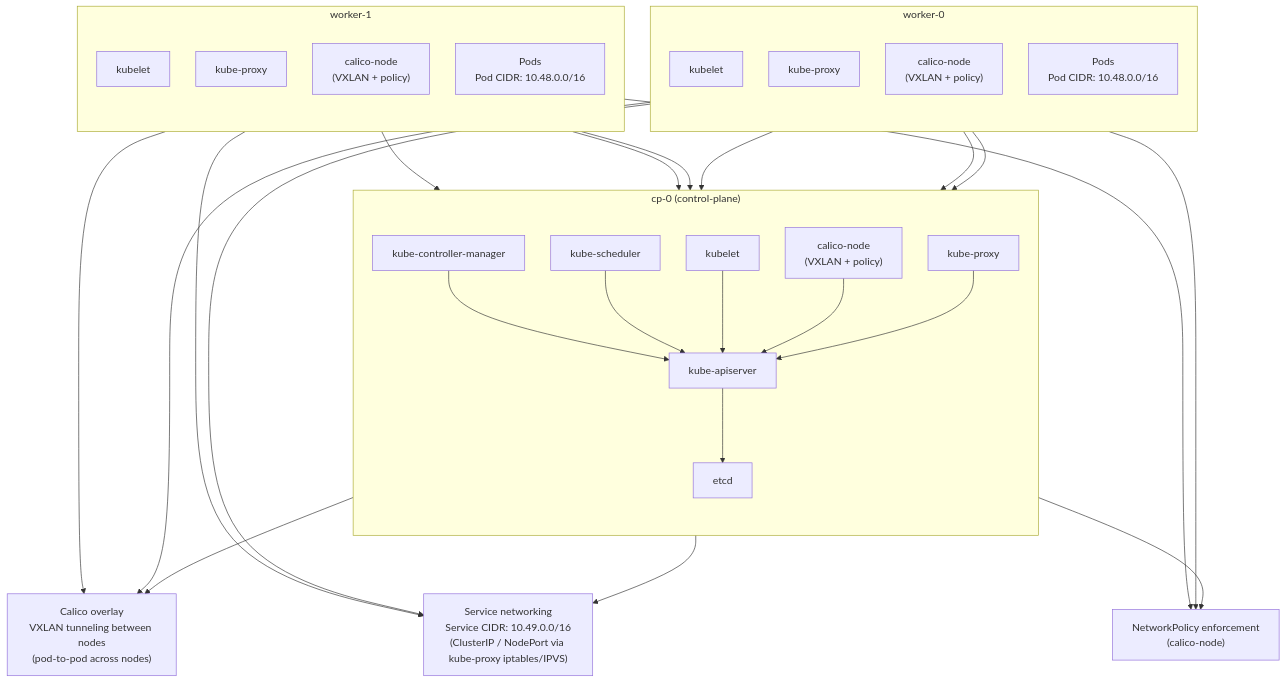
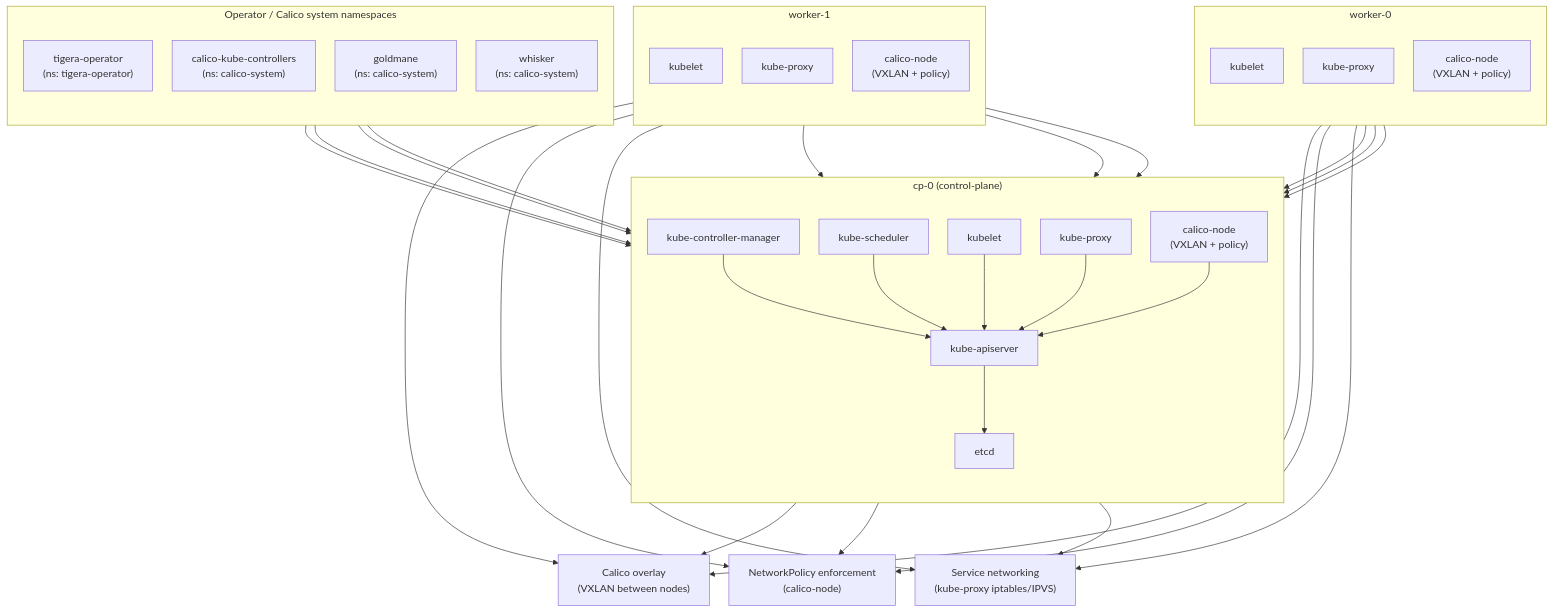
The second of 2 diagrams in README.md (jsabo/local-k8s), drawn with Mermaid before and after one commit. The commit also changed other lines of this file and 21 other files, not shown here.

````diff
--- a/README.md
+++ b/README.md
@@ -134,65 +110,74 @@
 ```mermaid
-%%{init: {"flowchart": {"rankSpacing": 90, "nodeSpacing": 40, "curve": "basis"}}}%%
+%%{init: {"flowchart": {"rankSpacing": 80, "nodeSpacing": 30, "curve": "basis"}}}%%
 flowchart TB
 
-  %% ===== Cluster Nodes =====
   subgraph CP["cp-0 (control-plane)"]
     direction TB
     CP_APISERVER["kube-apiserver"]
     CP_ETCD["etcd"]
     CP_CM["kube-controller-manager"]
     CP_SCHED["kube-scheduler"]
     CP_KUBELET["kubelet"]
     CP_PROXY["kube-proxy"]
     CP_CALICO["calico-node<br/>(VXLAN + policy)"]
   end
 
   subgraph W0["worker-0"]
     direction TB
     W0_KUBELET["kubelet"]
     W0_PROXY["kube-proxy"]
     W0_CALICO["calico-node<br/>(VXLAN + policy)"]
-    W0_PODS["Pods<br/>Pod CIDR: 10.48.0.0/16"]
   end
 
   subgraph W1["worker-1"]
     direction TB
     W1_KUBELET["kubelet"]
     W1_PROXY["kube-proxy"]
     W1_CALICO["calico-node<br/>(VXLAN + policy)"]
-    W1_PODS["Pods<br/>Pod CIDR: 10.48.0.0/16"]
   end
 
-  %% ===== Core control-plane wiring =====
+  subgraph OP["Operator / Calico system namespaces"]
+    direction TB
+    OP_TIG["tigera-operator<br/>(ns: tigera-operator)"]
+    OP_CALICO["calico-kube-controllers<br/>(ns: calico-system)"]
+    OP_GOLD["goldmane<br/>(ns: calico-system)"]
+    OP_WHISK["whisker<br/>(ns: calico-system)"]
+  end
+
   CP_APISERVER --> CP_ETCD
   CP_CM --> CP_APISERVER
   CP_SCHED --> CP_APISERVER
   CP_KUBELET --> CP_APISERVER
 
   W0_KUBELET --> CP_APISERVER
   W1_KUBELET --> CP_APISERVER
+
+  CP_PROXY --> CP_APISERVER
+  W0_PROXY --> CP_APISERVER
+  W1_PROXY --> CP_APISERVER
+
+  CP_CALICO --> CP_APISERVER
   W0_CALICO --> CP_APISERVER
   W1_CALICO --> CP_APISERVER
-  CP_CALICO --> CP_APISERVER
-  W0_PROXY --> CP_APISERVER
-  W1_PROXY --> CP_APISERVER
-  CP_PROXY --> CP_APISERVER
 
-  %% ===== Networking “concept” boxes =====
-  OVERLAY["Calico overlay<br/>VXLAN tunneling between nodes<br/>(pod-to-pod across nodes)"]
-  SERVICES["Service networking<br/>Service CIDR: 10.49.0.0/16<br/>(ClusterIP / NodePort via kube-proxy iptables/IPVS)"]
+  OP_TIG --> CP_APISERVER
+  OP_CALICO --> CP_APISERVER
+  OP_GOLD --> CP_APISERVER
+  OP_WHISK --> CP_APISERVER
+
+  OVERLAY["Calico overlay<br/>(VXLAN between nodes)"]
   POLICY["NetworkPolicy enforcement<br/>(calico-node)"]
+  SERVICES["Service networking<br/>(kube-proxy iptables/IPVS)"]
 
-  %% Hook node components to concepts
+  CP_CALICO --> OVERLAY
   W0_CALICO --> OVERLAY
   W1_CALICO --> OVERLAY
-  CP_CALICO --> OVERLAY
 
+  CP_CALICO --> POLICY
+  W0_CALICO --> POLICY
+  W1_CALICO --> POLICY
+
+  CP_PROXY --> SERVICES
   W0_PROXY --> SERVICES
   W1_PROXY --> SERVICES
-  CP_PROXY --> SERVICES
-
-  W0_CALICO --> POLICY
-  W1_CALICO --> POLICY
-  CP_CALICO --> POLICY
 ```
````
